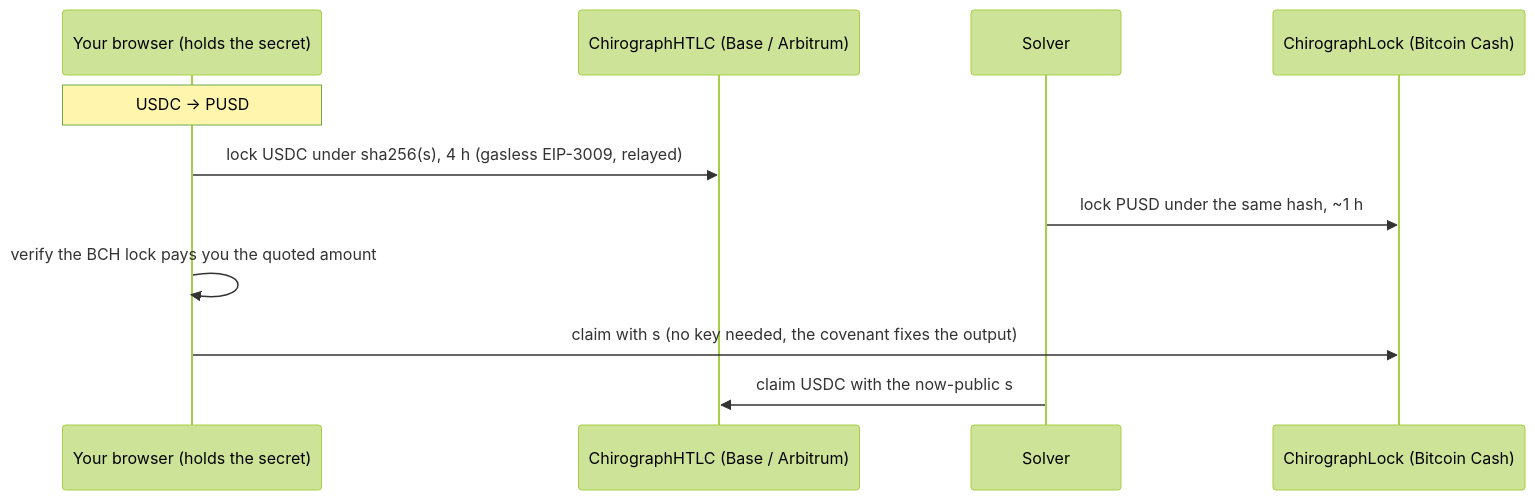
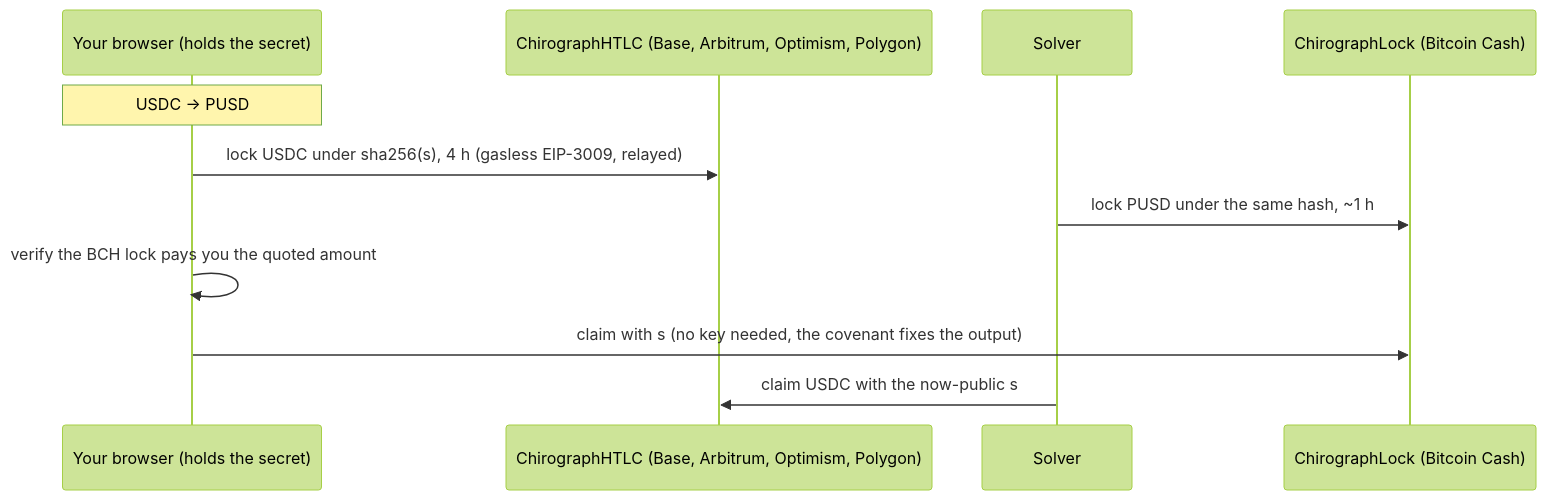
One commit to RaYYeR220/chirograph changed the diagram in README.md. Above: the diagram before and after it, drawn with Mermaid (forest theme). The commit also changed other lines of this file and 16 other files, not shown here.

````diff
--- a/README.md
+++ b/README.md
@@ -76,13 +80,13 @@
 ```mermaid
 sequenceDiagram
     participant U as Your browser (holds the secret)
-    participant E as ChirographHTLC (Base / Arbitrum)
+    participant E as ChirographHTLC (Base, Arbitrum, Optimism, Polygon)
     participant S as Solver
     participant B as ChirographLock (Bitcoin Cash)
     Note over U: USDC → PUSD
     U->>E: lock USDC under sha256(s), 4 h (gasless EIP-3009, relayed)
     S->>B: lock PUSD under the same hash, ~1 h
     U->>U: verify the BCH lock pays you the quoted amount
     U->>B: claim with s (no key needed, the covenant fixes the output)
     S->>E: claim USDC with the now-public s
 ```
````
